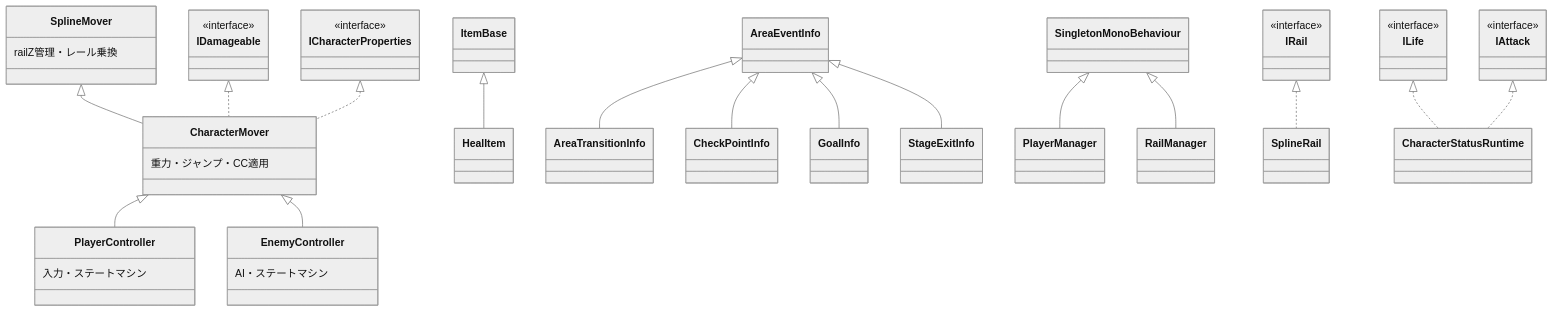
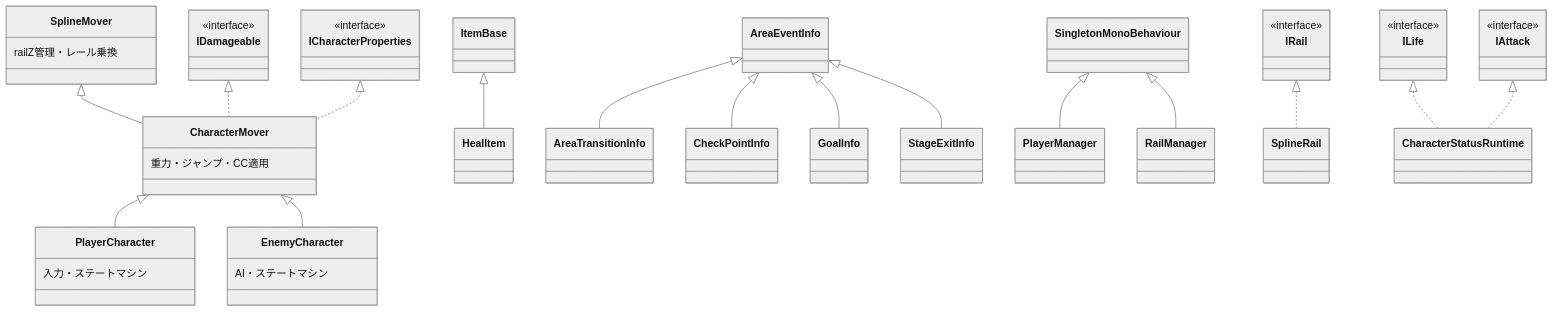
One commit to kuroichen/3DSide changed the second of 2 diagrams in Docs/knowledge/クラス相関図.md. Above: the diagram before and after it, drawn with Mermaid (neutral theme). The commit also changed other lines of this file and 20 other files, not shown here.

First line of the commit message:
refactor: PlayerController/EnemyControllerをPlayerCharacter/EnemyCharacterに改名

````diff
--- a/Docs/knowledge/クラス相関図.md
+++ b/Docs/knowledge/クラス相関図.md
@@ -96,30 +96,30 @@
 ```mermaid
 classDiagram
     SplineMover <|-- CharacterMover
-    CharacterMover <|-- PlayerController
-    CharacterMover <|-- EnemyController
+    CharacterMover <|-- PlayerCharacter
+    CharacterMover <|-- EnemyCharacter
     ItemBase <|-- HealItem
     AreaEventInfo <|-- AreaTransitionInfo
     AreaEventInfo <|-- CheckPointInfo
     AreaEventInfo <|-- GoalInfo
     AreaEventInfo <|-- StageExitInfo
     SingletonMonoBehaviour <|-- PlayerManager
     SingletonMonoBehaviour <|-- RailManager
 
     class IRail { <<interface>> }
     class IDamageable { <<interface>> }
     class ILife { <<interface>> }
     class IAttack { <<interface>> }
     class ICharacterProperties { <<interface>> }
 
     IRail <|.. SplineRail
     IDamageable <|.. CharacterMover
     ICharacterProperties <|.. CharacterMover
     ILife <|.. CharacterStatusRuntime
     IAttack <|.. CharacterStatusRuntime
 
     class SplineMover { railZ管理・レール乗換 }
     class CharacterMover { 重力・ジャンプ・CC適用 }
-    class PlayerController { 入力・ステートマシン }
-    class EnemyController { AI・ステートマシン }
+    class PlayerCharacter { 入力・ステートマシン }
+    class EnemyCharacter { AI・ステートマシン }
 ```
````
